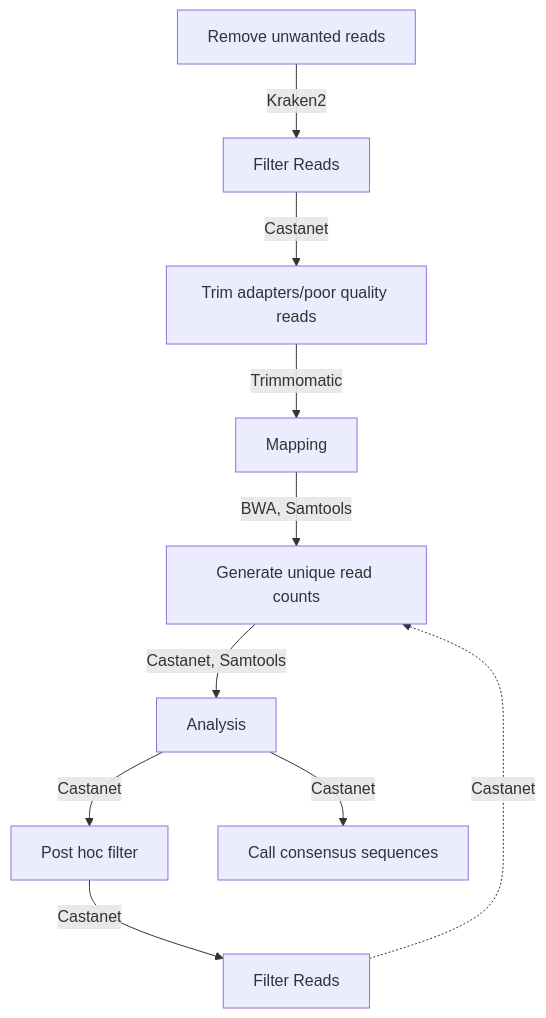
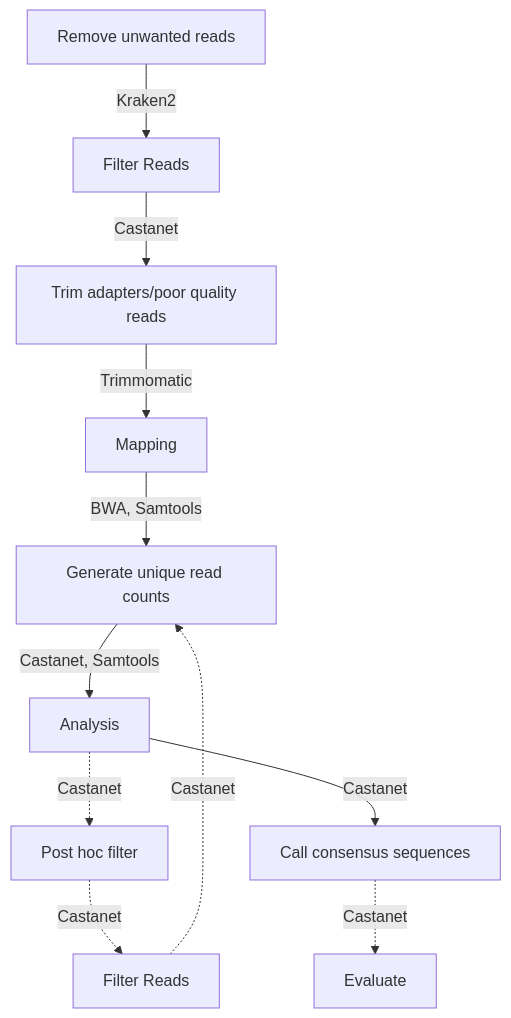
The diagram in README.md (MultipathogenGenomics/castanet), drawn with Mermaid before and after one commit. The commit also changed other lines of this file, not shown here.

````diff
--- a/README.md
+++ b/README.md
@@ -32,12 +32,13 @@
 ```mermaid
 flowchart TD
     A[Remove unwanted reads]-->|Kraken2|B[participant Filter Reads]
     B[Filter Reads]-->|Castanet|C[Trim adapters/poor quality reads]
     C[Trim adapters/poor quality reads]-->|Trimmomatic|D[Mapping]
     D[Mapping]-->|BWA, Samtools|E[Generate unique read counts]
     E[Generate unique read counts]-->|Castanet, Samtools|F[Analysis]
-    F[Analysis]-->|Castanet|G[Post hoc filter]
+    F[Analysis]-.->|Castanet|G[Post hoc filter]
     F[Analysis]-->|Castanet|I[Call consensus sequences]
-    G[Post hoc filter]-->|Castanet|H[Filter Reads]
+    I[Call consensus sequences]-.->|Castanet|J[Evaluate]
+    G[Post hoc filter]-.->|Castanet|H[Filter Reads]
     H[Filter Reads]-.->|Castanet|E
 ```
````
